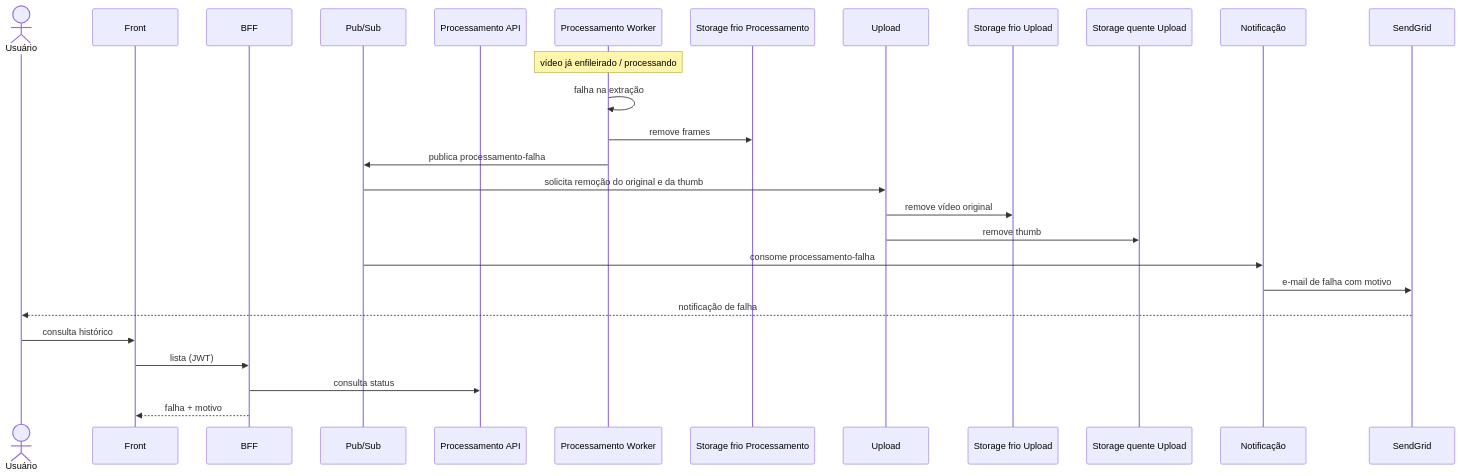
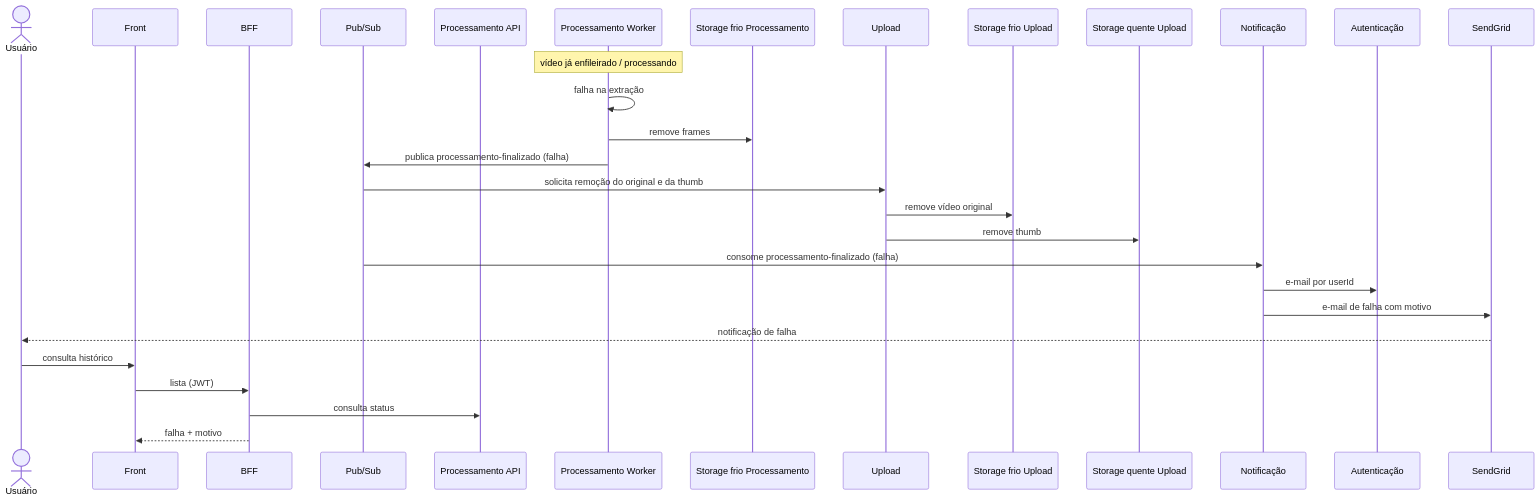
The diagram in fluxo-e-estados/05_falha-no-processamento.md (fiap-x-vcosta/docs), drawn with Mermaid before and after one commit. The commit also changed 17 other files, not shown here.

Commit message:
docs: desfechos com resultado+filtro; e-mail via Auth por userId

````diff
--- a/fluxo-e-estados/05_falha-no-processamento.md
+++ b/fluxo-e-estados/05_falha-no-processamento.md
@@ -1,30 +1,32 @@
 ```mermaid
 sequenceDiagram
   actor U as Usuário
   participant Web as Front
   participant BFF as BFF
   participant Bus as Pub/Sub
   participant Api as Processamento API
   participant Worker as Processamento Worker
   participant FrioProc as Storage frio Processamento
   participant Up as Upload
   participant FrioUp as Storage frio Upload
   participant Quente as Storage quente Upload
   participant Notif as Notificação
+  participant Auth as Autenticação
   participant SG as SendGrid
 
   Note over Worker: vídeo já enfileirado / processando
   Worker->>Worker: falha na extração
   Worker->>FrioProc: remove frames
-  Worker->>Bus: publica processamento-falha
+  Worker->>Bus: publica processamento-finalizado (falha)
   Bus->>Up: solicita remoção do original e da thumb
   Up->>FrioUp: remove vídeo original
   Up->>Quente: remove thumb
-  Bus->>Notif: consome processamento-falha
+  Bus->>Notif: consome processamento-finalizado (falha)
+  Notif->>Auth: e-mail por userId
   Notif->>SG: e-mail de falha com motivo
   SG-->>U: notificação de falha
   U->>Web: consulta histórico
   Web->>BFF: lista (JWT)
   BFF->>Api: consulta status
   BFF-->>Web: falha + motivo
 ```
````
